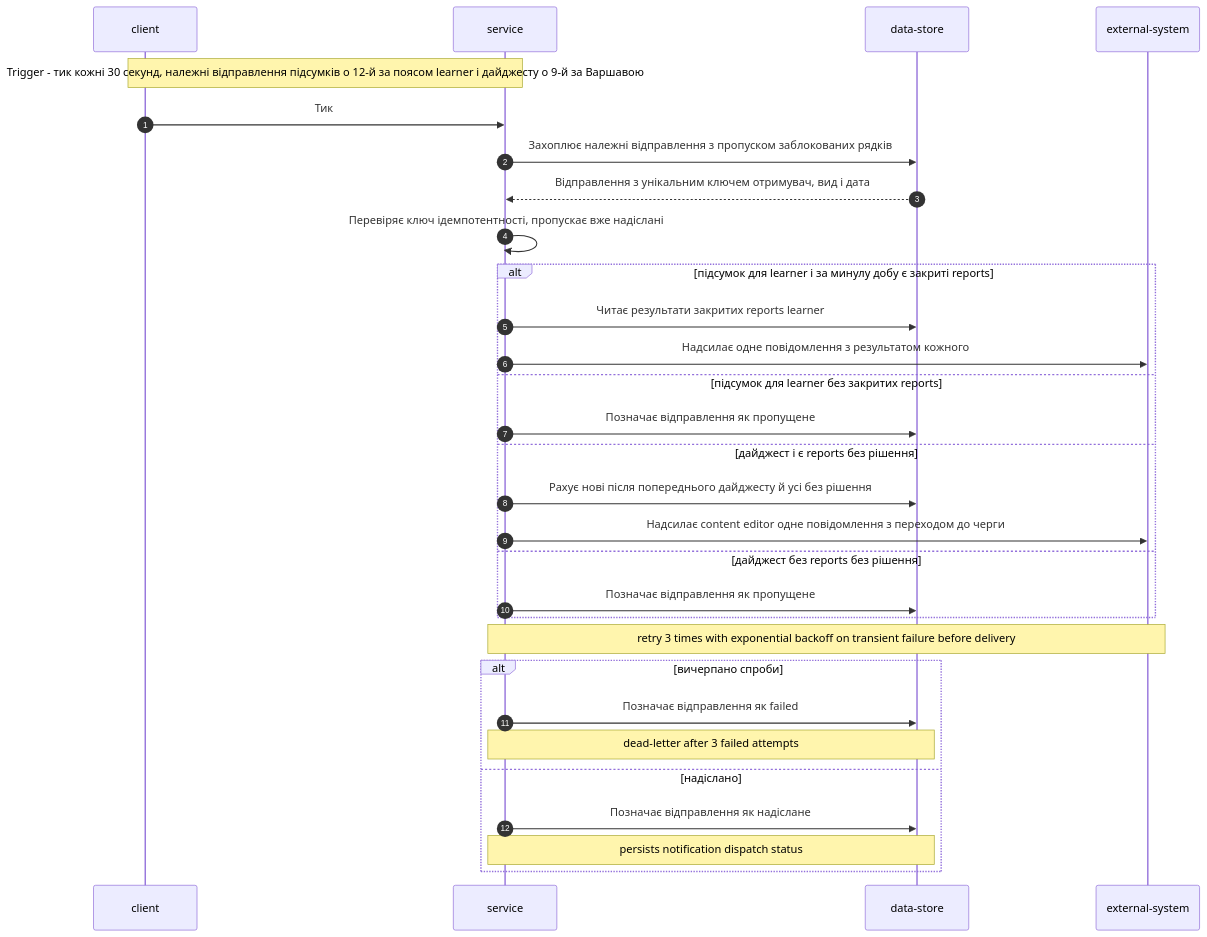
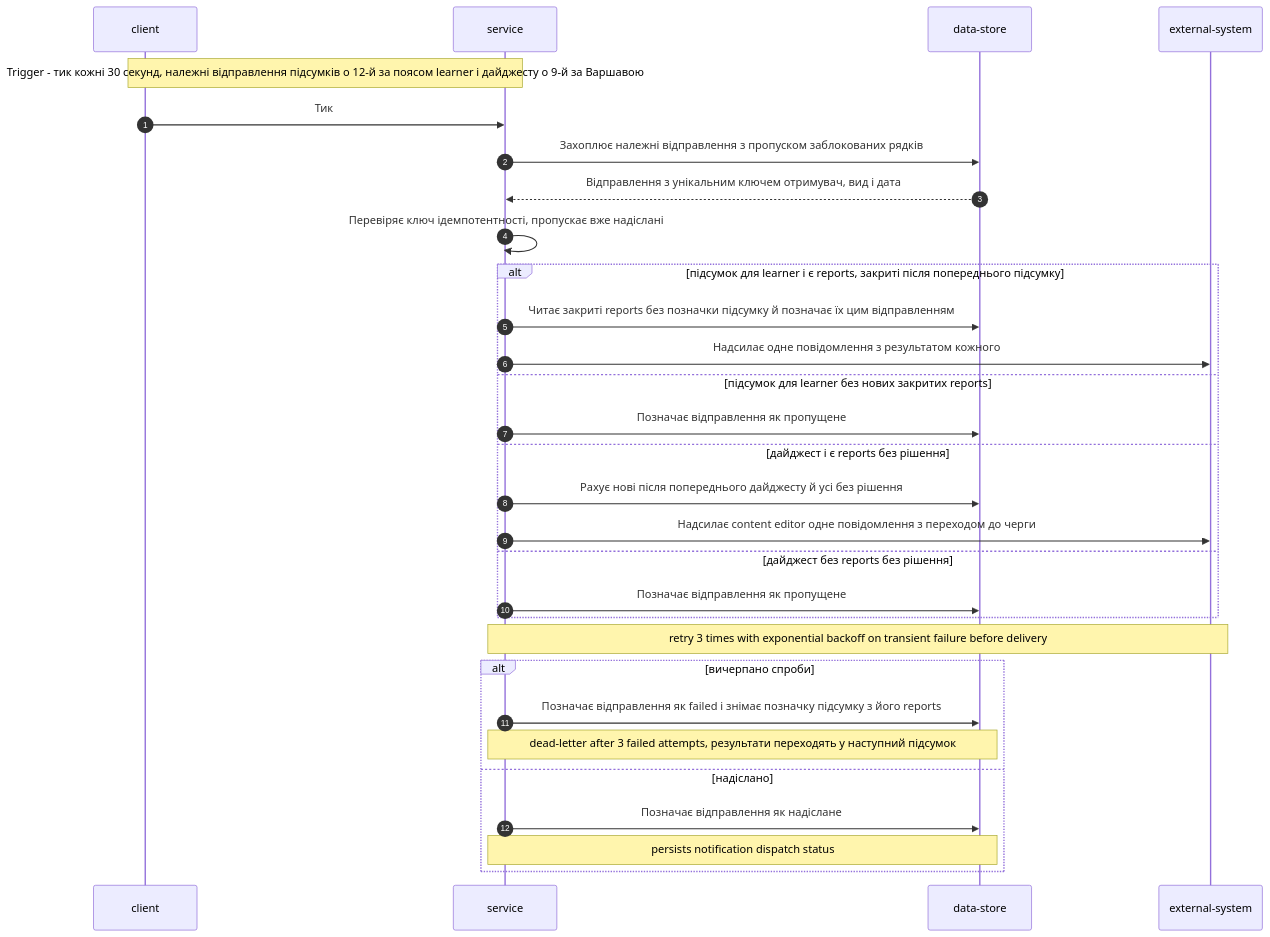
Diagram 15 of 17 in docs/features/personal-trainer-mvp/sad.md (HeliosPersonal/constant-learning), drawn with Mermaid before and after one commit. The commit also changed other lines of this file and 7 other files, not shown here.

````diff
--- a/docs/features/personal-trainer-mvp/sad.md
+++ b/docs/features/personal-trainer-mvp/sad.md
@@ -540,33 +571,33 @@
 ```mermaid
 sequenceDiagram
     autonumber
     participant C as client
     participant S as service
     participant D as data-store
     participant X as external-system
 
     Note over C,S: Trigger - тик кожні 30 секунд, належні відправлення підсумків о 12-й за поясом learner і дайджесту о 9-й за Варшавою
     C->>S: Тик
     S->>D: Захоплює належні відправлення з пропуском заблокованих рядків
     D-->>S: Відправлення з унікальним ключем отримувач, вид і дата
     S->>S: Перевіряє ключ ідемпотентності, пропускає вже надіслані
-    alt підсумок для learner і за минулу добу є закриті reports
-        S->>D: Читає результати закритих reports learner
+    alt підсумок для learner і є reports, закриті після попереднього підсумку
+        S->>D: Читає закриті reports без позначки підсумку й позначає їх цим відправленням
         S->>X: Надсилає одне повідомлення з результатом кожного
-    else підсумок для learner без закритих reports
+    else підсумок для learner без нових закритих reports
         S->>D: Позначає відправлення як пропущене
     else дайджест і є reports без рішення
         S->>D: Рахує нові після попереднього дайджесту й усі без рішення
         S->>X: Надсилає content editor одне повідомлення з переходом до черги
     else дайджест без reports без рішення
         S->>D: Позначає відправлення як пропущене
     end
     Note over S,X: retry 3 times with exponential backoff on transient failure before delivery
     alt вичерпано спроби
-        S->>D: Позначає відправлення як failed
-        Note over S,D: dead-letter after 3 failed attempts
+        S->>D: Позначає відправлення як failed і знімає позначку підсумку з його reports
+        Note over S,D: dead-letter after 3 failed attempts, результати переходять у наступний підсумок
     else надіслано
         S->>D: Позначає відправлення як надіслане
         Note over S,D: persists notification dispatch status
     end
 ```
````
